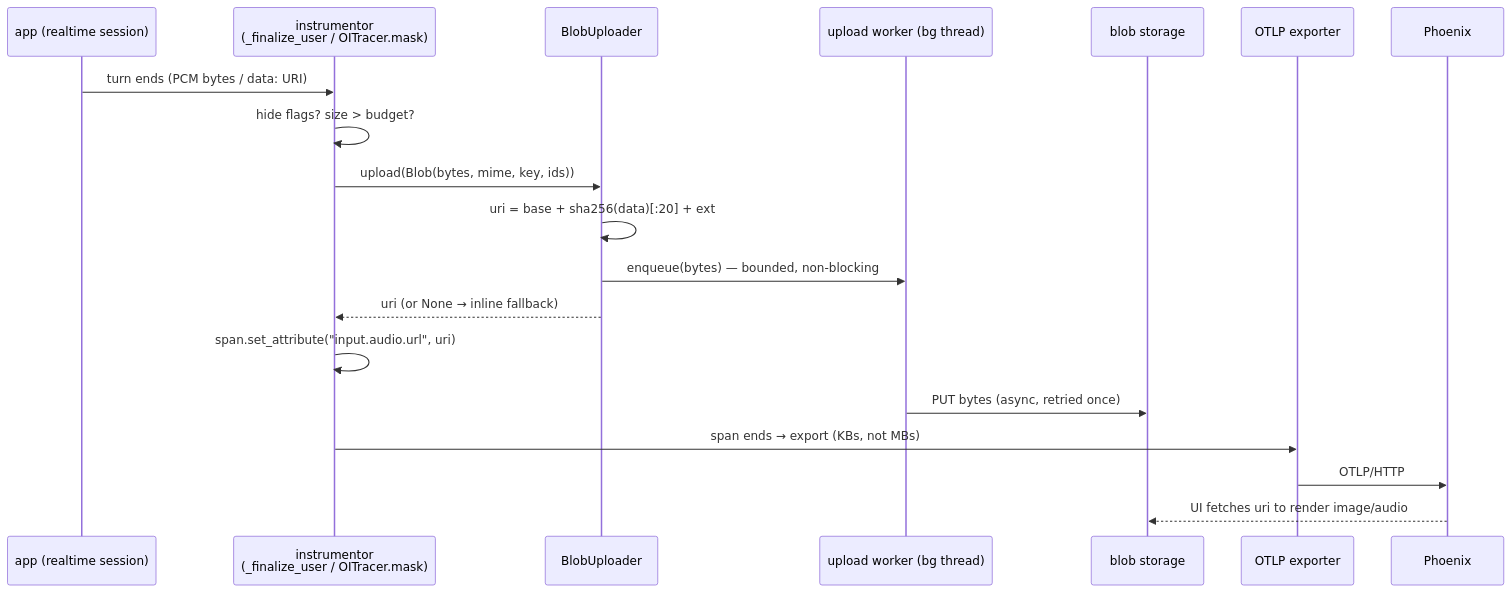
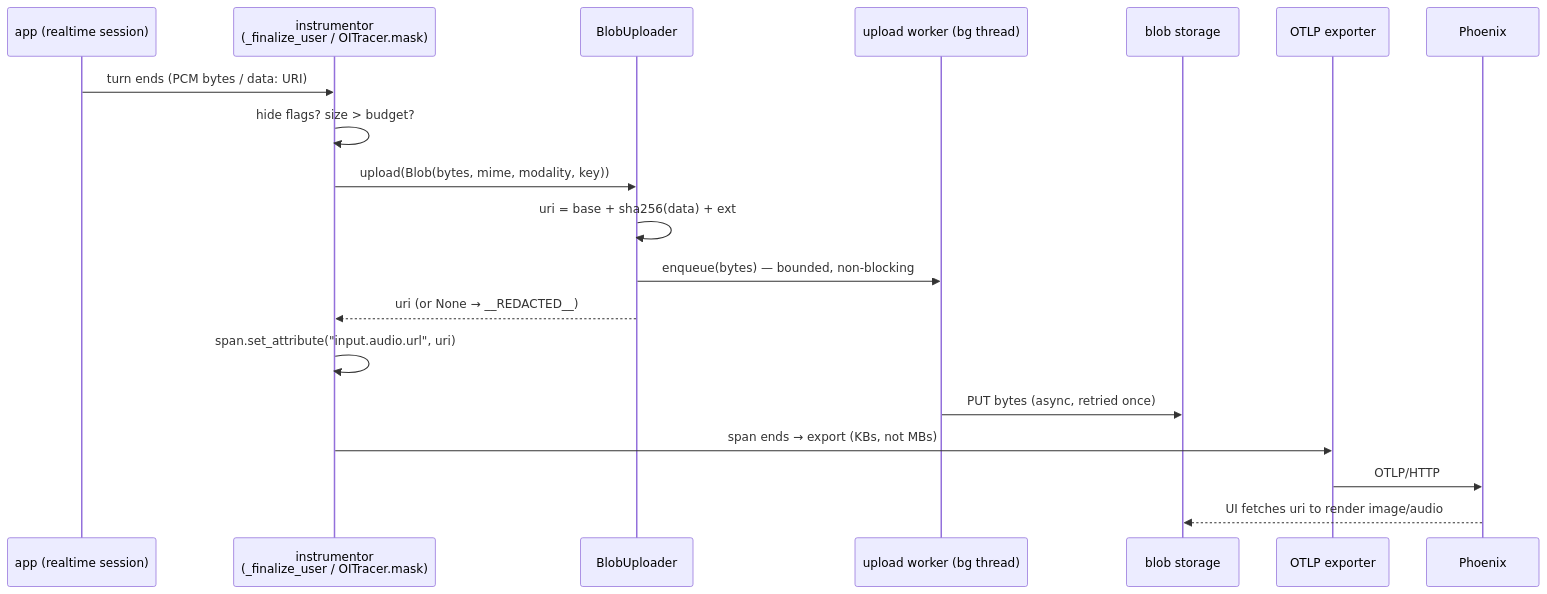
Before and after one commit to Arize-ai/openinference: the second of 2 diagrams in internal_docs/specs/blob_uploads/blob_uploads.md, drawn with Mermaid. The commit also changed other lines of this file and 4 other files, not shown here.

````diff
--- a/internal_docs/specs/blob_uploads/blob_uploads.md
+++ b/internal_docs/specs/blob_uploads/blob_uploads.md
@@ -317,22 +345,22 @@
 ```mermaid
 sequenceDiagram
     participant App as app (realtime session)
     participant Inst as instrumentor<br/>(_finalize_user / OITracer.mask)
     participant Up as BlobUploader
     participant W as upload worker (bg thread)
     participant Store as blob storage
     participant OTLP as OTLP exporter
     participant Px as Phoenix
 
     App->>Inst: turn ends (PCM bytes / data: URI)
     Inst->>Inst: hide flags? size > budget?
-    Inst->>Up: upload(Blob(bytes, mime, key, ids))
-    Up->>Up: uri = base + sha256(data)[:20] + ext
+    Inst->>Up: upload(Blob(bytes, mime, modality, key))
+    Up->>Up: uri = base + sha256(data) + ext
     Up->>W: enqueue(bytes) — bounded, non-blocking
-    Up-->>Inst: uri (or None → inline fallback)
+    Up-->>Inst: uri (or None → __REDACTED__)
     Inst->>Inst: span.set_attribute("input.audio.url", uri)
     W->>Store: PUT bytes (async, retried once)
     Inst->>OTLP: span ends → export (KBs, not MBs)
     OTLP->>Px: OTLP/HTTP
     Px-->>Store: UI fetches uri to render image/audio
 ```
````
